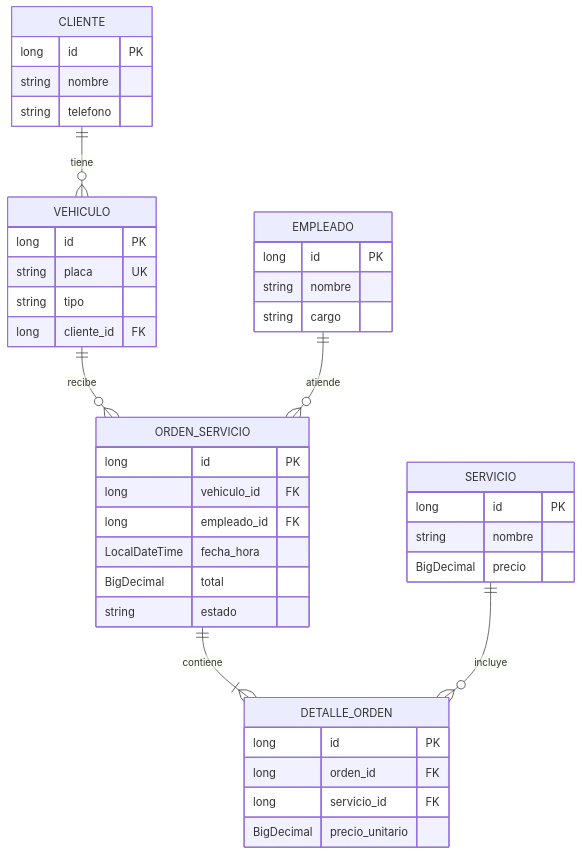
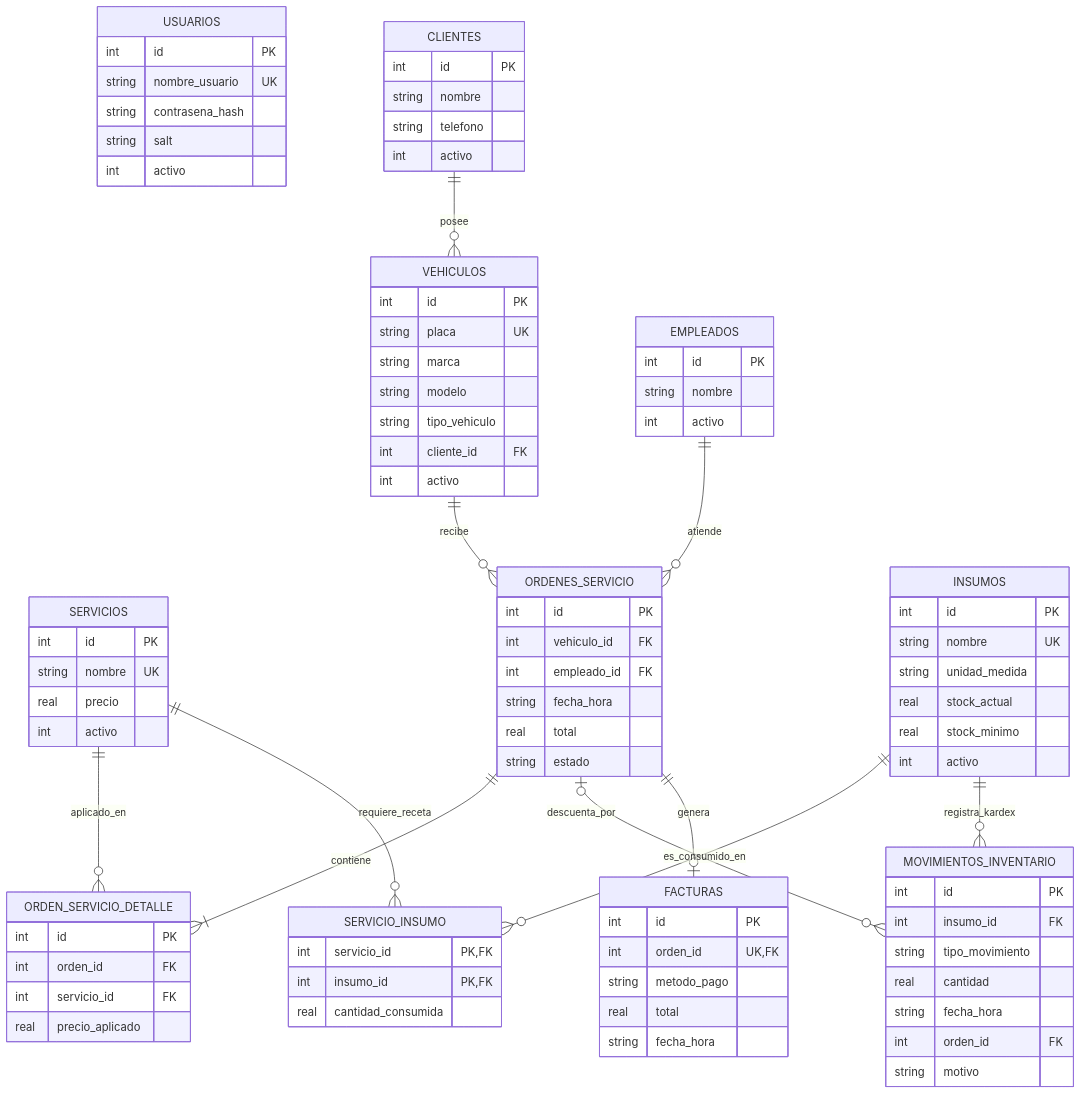
One commit to valeriepabong/AutoWash-System changed the diagram in Dso/der.md. Above: the diagram before and after it, drawn with Mermaid. The commit also changed other lines of this file and 4 other files, not shown here.

````diff
--- a/Dso/der.md
+++ b/Dso/der.md
@@ -1,49 +9,100 @@
 ```mermaid
 erDiagram
-    CLIENTE {
-        long id PK
+    USUARIOS {
+        int id PK
+        string nombre_usuario UK
+        string contrasena_hash
+        string salt
+        int activo
+    }
+
+    CLIENTES {
+        int id PK
         string nombre
         string telefono
-    }
-    
-    EMPLEADO {
-        long id PK
-        string nombre
-        string cargo
+        int activo
     }
 
-    VEHICULO {
-        long id PK
+    VEHICULOS {
+        int id PK
         string placa UK
-        string tipo
-        long cliente_id FK
+        string marca
+        string modelo
+        string tipo_vehiculo
+        int cliente_id FK
+        int activo
     }
 
-    SERVICIO {
-        long id PK
+    EMPLEADOS {
+        int id PK
         string nombre
-        BigDecimal precio
+        int activo
     }
 
-    ORDEN_SERVICIO {
-        long id PK
-        long vehiculo_id FK
-        long empleado_id FK
-        LocalDateTime fecha_hora
-        BigDecimal total
+    SERVICIOS {
+        int id PK
+        string nombre UK
+        real precio
+        int activo
+    }
+
+    ORDENES_SERVICIO {
+        int id PK
+        int vehiculo_id FK
+        int empleado_id FK
+        string fecha_hora
+        real total
         string estado
     }
 
-    DETALLE_ORDEN {
-        long id PK
-        long orden_id FK
-        long servicio_id FK
-        BigDecimal precio_unitario
+    ORDEN_SERVICIO_DETALLE {
+        int id PK
+        int orden_id FK
+        int servicio_id FK
+        real precio_aplicado
     }
 
-    CLIENTE ||--o{ VEHICULO : "tiene"
-    VEHICULO ||--o{ ORDEN_SERVICIO : "recibe"
-    EMPLEADO ||--o{ ORDEN_SERVICIO : "atiende"
-    ORDEN_SERVICIO ||--|{ DETALLE_ORDEN : "contiene"
-    SERVICIO ||--o{ DETALLE_ORDEN : "incluye"
+    INSUMOS {
+        int id PK
+        string nombre UK
+        string unidad_medida
+        real stock_actual
+        real stock_minimo
+        int activo
+    }
+
+    MOVIMIENTOS_INVENTARIO {
+        int id PK
+        int insumo_id FK
+        string tipo_movimiento
+        real cantidad
+        string fecha_hora
+        int orden_id FK
+        string motivo
+    }
+
+    SERVICIO_INSUMO {
+        int servicio_id PK,FK
+        int insumo_id PK,FK
+        real cantidad_consumida
+    }
+
+    FACTURAS {
+        int id PK
+        int orden_id UK,FK
+        string metodo_pago
+        real total
+        string fecha_hora
+    }
+
+    CLIENTES ||--o{ VEHICULOS : "posee"
+    VEHICULOS ||--o{ ORDENES_SERVICIO : "recibe"
+    EMPLEADOS ||--o{ ORDENES_SERVICIO : "atiende"
+    ORDENES_SERVICIO ||--|{ ORDEN_SERVICIO_DETALLE : "contiene"
+    SERVICIOS ||--o{ ORDEN_SERVICIO_DETALLE : "aplicado_en"
+    SERVICIOS ||--o{ SERVICIO_INSUMO : "requiere_receta"
+    INSUMOS ||--o{ SERVICIO_INSUMO : "es_consumido_en"
+    INSUMOS ||--o{ MOVIMIENTOS_INVENTARIO : "registra_kardex"
+    ORDENES_SERVICIO |o--o{ MOVIMIENTOS_INVENTARIO : "descuenta_por"
+    ORDENES_SERVICIO ||--o| FACTURAS : "genera"
 ```
````
